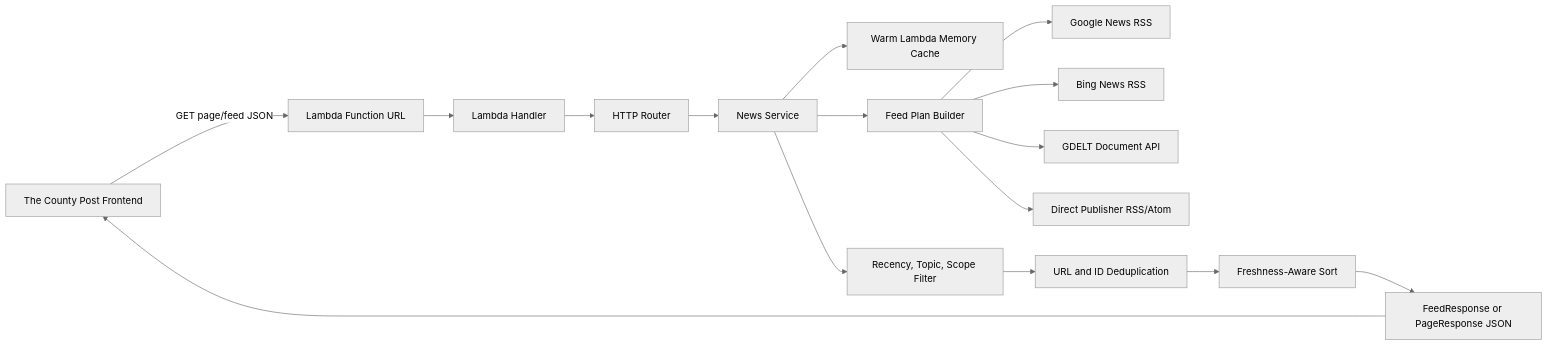
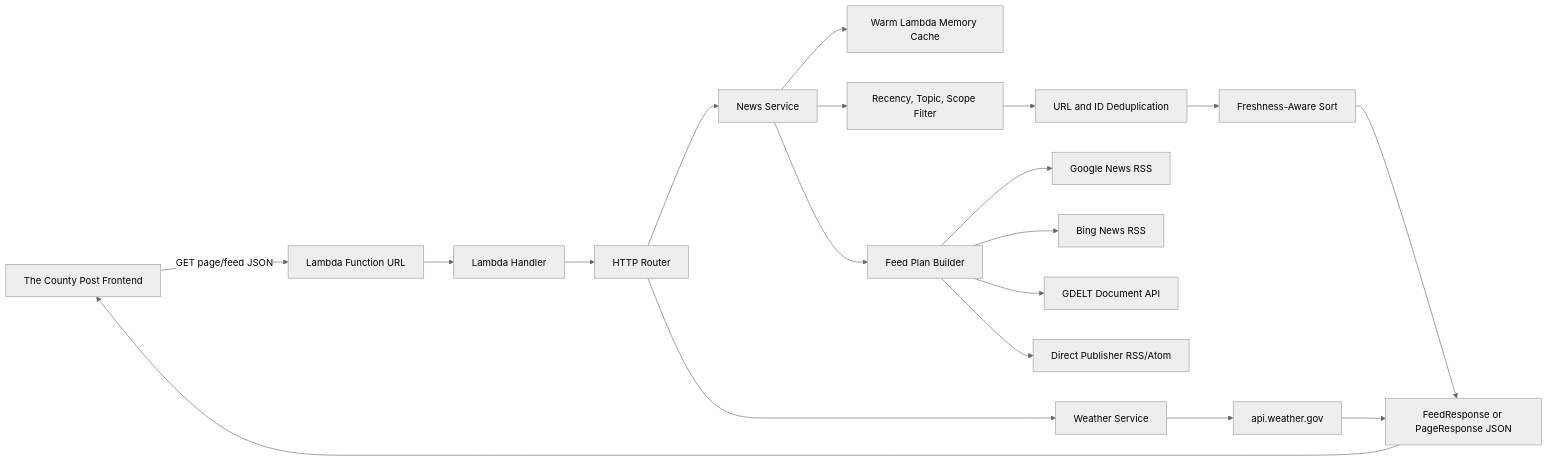
The first of 6 diagrams in docs/comprehensive-guide.md (PatriotsIA/county-post-news-api), drawn with Mermaid (neutral theme) before and after one commit. The commit also changed other lines of this file and 13 other files, not shown here.

````diff
--- a/docs/comprehensive-guide.md
+++ b/docs/comprehensive-guide.md
@@ -23,18 +23,21 @@
 ```mermaid
 flowchart LR
   Browser[The County Post Frontend] -->|GET page/feed JSON| LambdaUrl[Lambda Function URL]
   LambdaUrl --> Handler[Lambda Handler]
   Handler --> Router[HTTP Router]
   Router --> NewsService[News Service]
+  Router --> WeatherService[Weather Service]
   NewsService --> Cache[Warm Lambda Memory Cache]
   NewsService --> FeedPlan[Feed Plan Builder]
   FeedPlan --> Google[Google News RSS]
   FeedPlan --> Bing[Bing News RSS]
   FeedPlan --> Gdelt[GDELT Document API]
   FeedPlan --> Direct[Direct Publisher RSS/Atom]
   NewsService --> Filter[Recency, Topic, Scope Filter]
   Filter --> Dedupe[URL and ID Deduplication]
   Dedupe --> Sort[Freshness-Aware Sort]
   Sort --> Response[FeedResponse or PageResponse JSON]
+  WeatherService --> NWS[api.weather.gov]
+  NWS --> Response
   Response --> Browser
 ```
````
